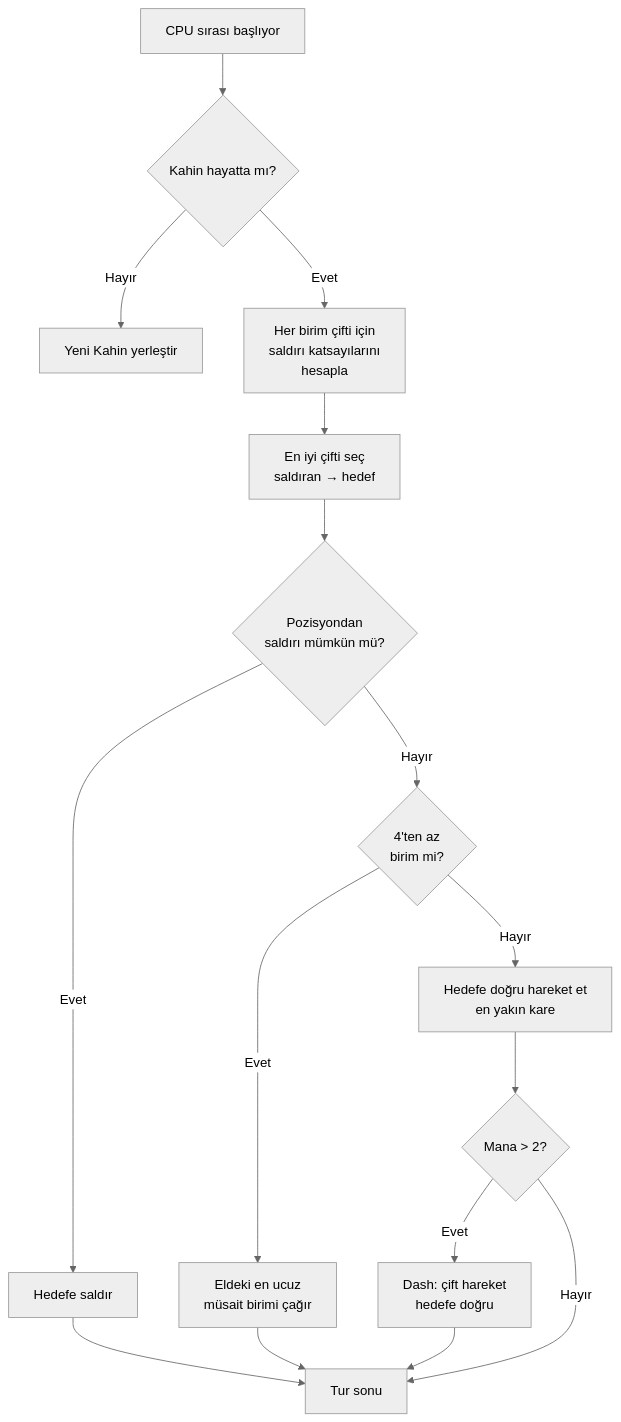
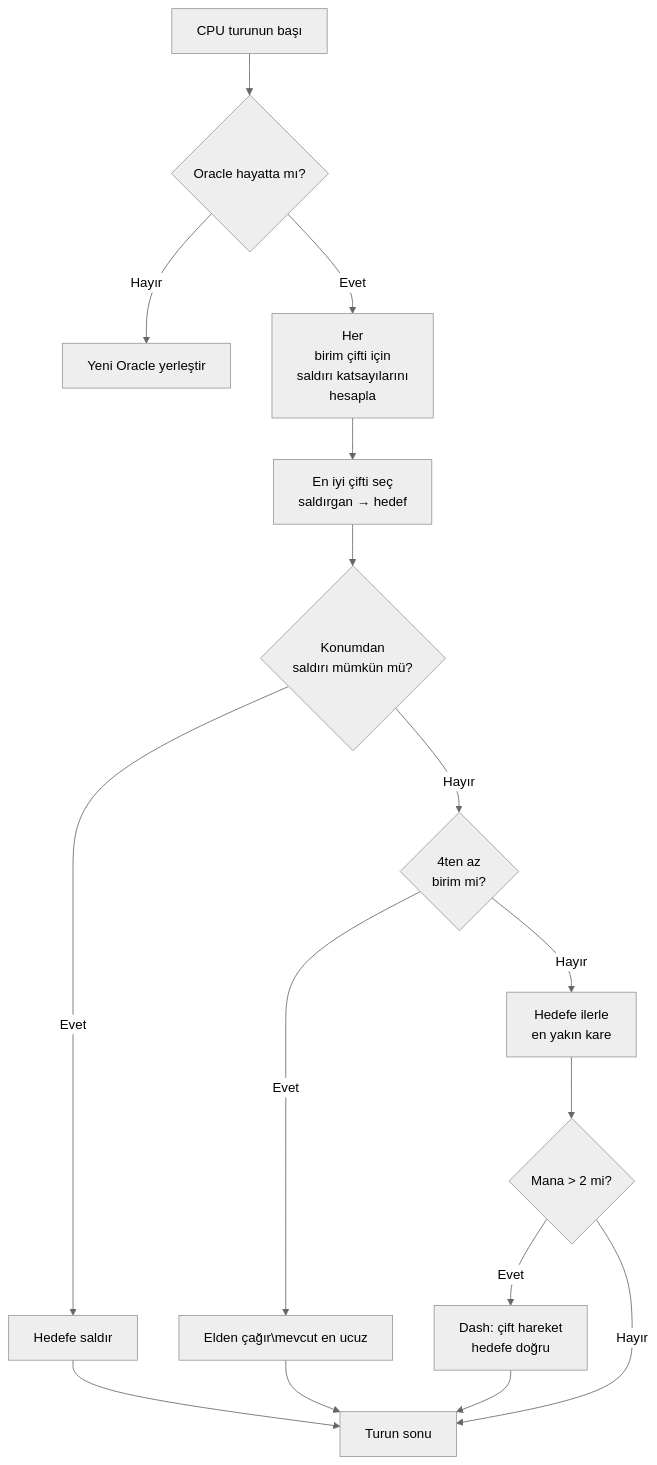
One commit to fox3000foxy/fox3000foxy.github.io changed the diagram in public/articles/tr/nausicaa-ai.md. Above: the diagram before and after it, drawn with Mermaid (neutral theme). The commit also changed other lines of this file and 576 other files, not shown here.

````diff
--- a/public/articles/tr/nausicaa-ai.md
+++ b/public/articles/tr/nausicaa-ai.md
@@ -141,18 +140,18 @@
 ```mermaid
 flowchart TD
-    A[CPU sırası başlıyor] --> B{Kahin hayatta mı?}
-    B -->|Hayır| C[Yeni Kahin yerleştir]
-    B -->|Evet| D[Her birim çifti için\nsaldırı katsayılarını\nhesapla]
-    D --> E[En iyi çifti seç\nsaldıran → hedef]
-    E --> F{Pozisyondan\nsaldırı mümkün mü?}
+    A[CPU turunun başı] --> B{Oracle hayatta mı?}
+    B -->|Hayır| C[Yeni Oracle yerleştir]
+    B -->|Evet| D[Her\nbirim çifti için\nsaldırı katsayılarını\nhesapla]
+    D --> E[En iyi çifti seç\nsaldırgan → hedef]
+    E --> F{Konumdan\nsaldırı mümkün mü?}
     F -->|Evet| G[Hedefe saldır]
-    F -->|Hayır| H{4'ten az\nbirim mi?}
-    H -->|Evet| I[Eldeki en ucuz\nmüsait birimi çağır]
-    H -->|Hayır| J[Hedefe doğru hareket et\nen yakın kare]
-    J --> K{Mana > 2?}
+    F -->|Hayır| H{4ten az\nbirim mi?}
+    H -->|Evet| I[Elden çağır\mevcut en ucuz]
+    H -->|Hayır| J[Hedefe ilerle\nen yakın kare]
+    J --> K{Mana > 2 mi?}
     K -->|Evet| L[Dash: çift hareket\nhedefe doğru]
-    K -->|Hayır| M[Tur sonu]
+    K -->|Hayır| M[Turun sonu]
     G --> M
     I --> M
     L --> M
 ```
````
